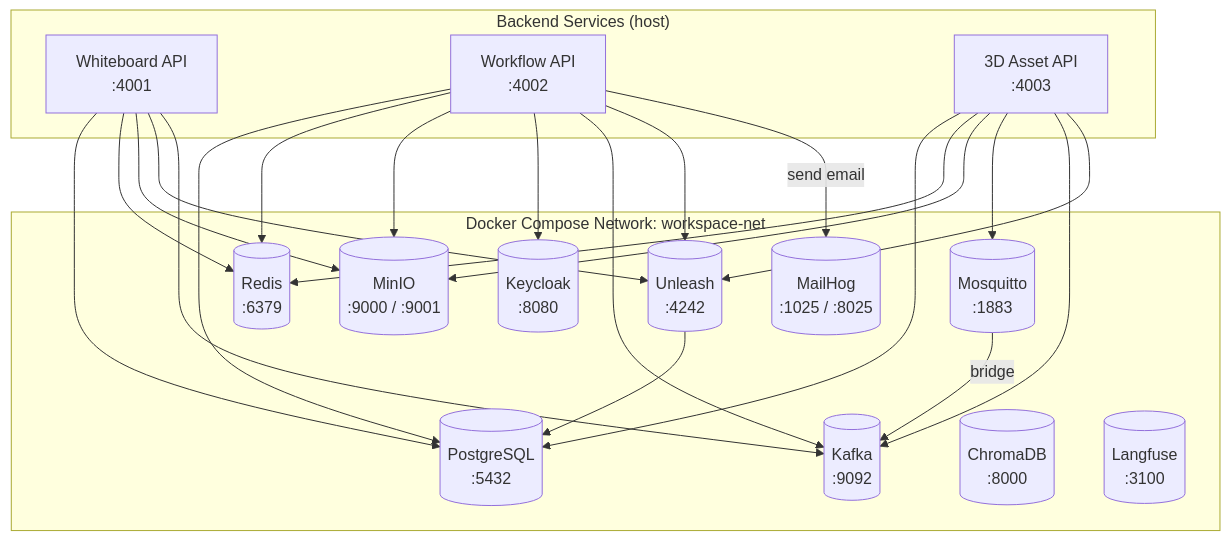
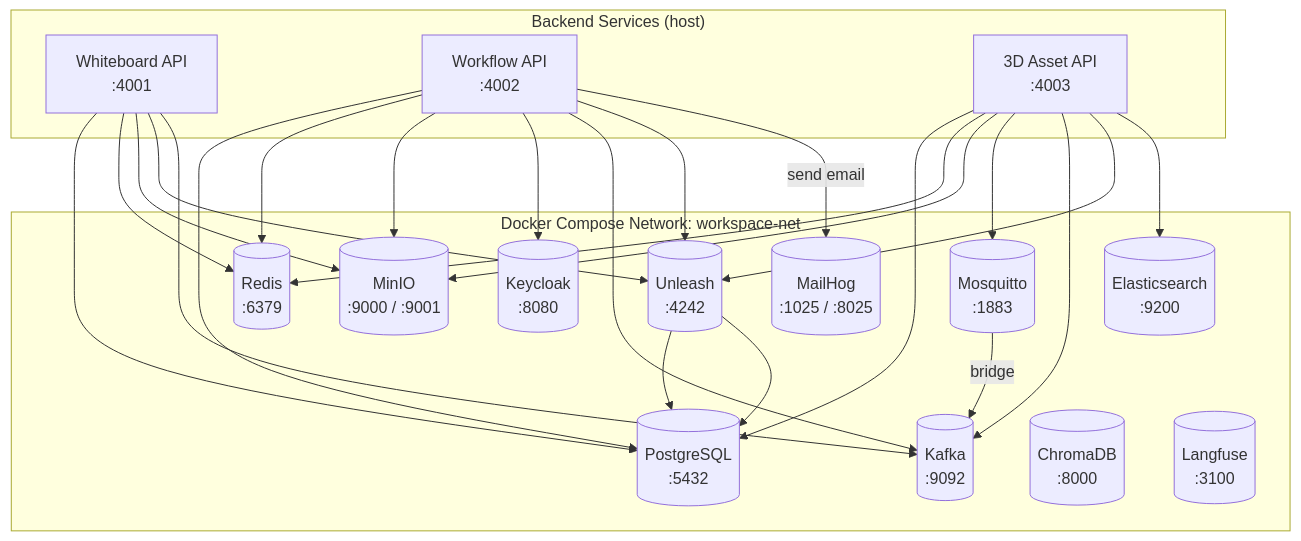
The diagram in docs/global_infra.md (Eyolf6Coyote7/Eyolf6Coyote7), drawn with Mermaid before and after one commit. The commit also changed other lines of this file and 1 other file, not shown here.

First line of the commit message:
📘docs#32: add Elasticsearch (3D Asset search) and WebRTC (Whiteboard voice/video)

````diff
--- a/docs/global_infra.md
+++ b/docs/global_infra.md
@@ -9,42 +9,45 @@
 ```mermaid
 graph TD
   subgraph "Docker Compose Network: workspace-net"
     PG[(PostgreSQL<br/>:5432)]
     RD[(Redis<br/>:6379)]
     MIO[(MinIO<br/>:9000 / :9001)]
     KC[(Keycloak<br/>:8080)]
     MQ[(Mosquitto<br/>:1883)]
     KF[(Kafka<br/>:9092)]
     UL[(Unleash<br/>:4242)]
     MH[(MailHog<br/>:1025 / :8025)]
     CHR[(ChromaDB<br/>:8000)]
+    ES[(Elasticsearch<br/>:9200)]
     LF[(Langfuse<br/>:3100)]
   end
 
   subgraph "Backend Services (host)"
     WB[Whiteboard API<br/>:4001]
     WF[Workflow API<br/>:4002]
     TD[3D Asset API<br/>:4003]
   end
 
   WB --> PG
   WB --> RD
   WB --> MIO
   WB --> UL
   WB --> KF
   WF --> PG
   WF --> RD
   WF --> MIO
   WF --> KC
   WF --> KF
   WF --> UL
   WF -->|send email| MH
   TD --> PG
   TD --> RD
   TD --> MIO
   TD --> MQ
   MQ -->|bridge| KF
   TD --> KF
   TD --> UL
+  TD --> ES
+  UL --> PG
   UL --> PG
 ```
````
